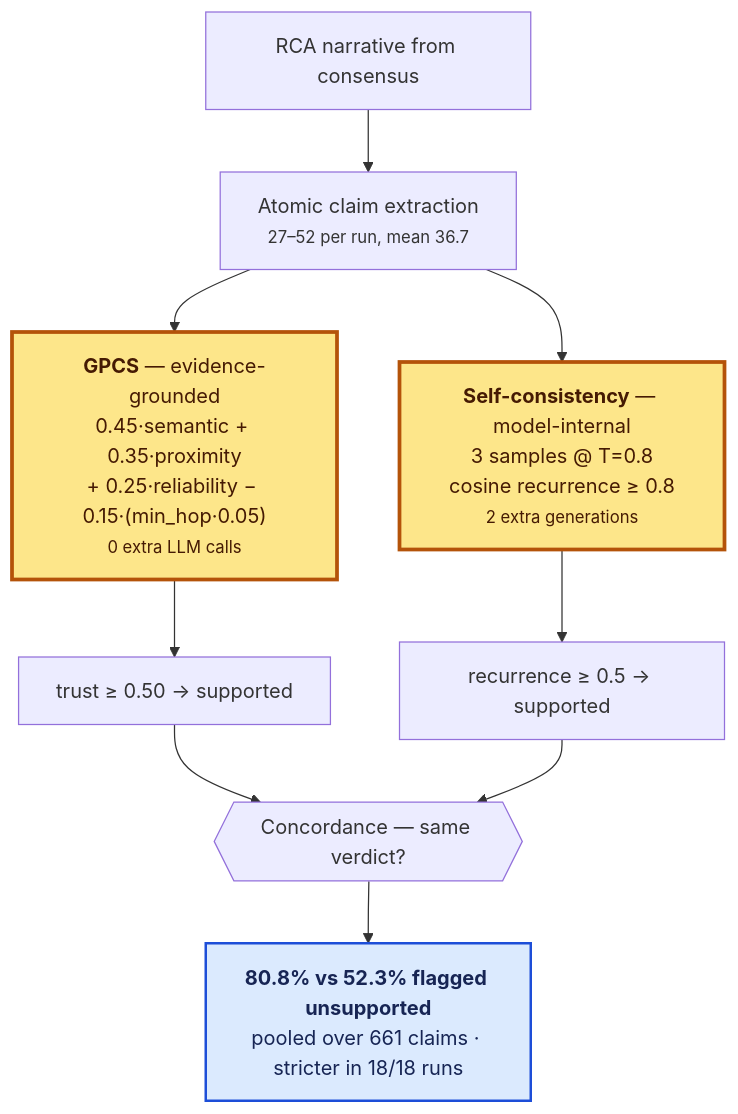
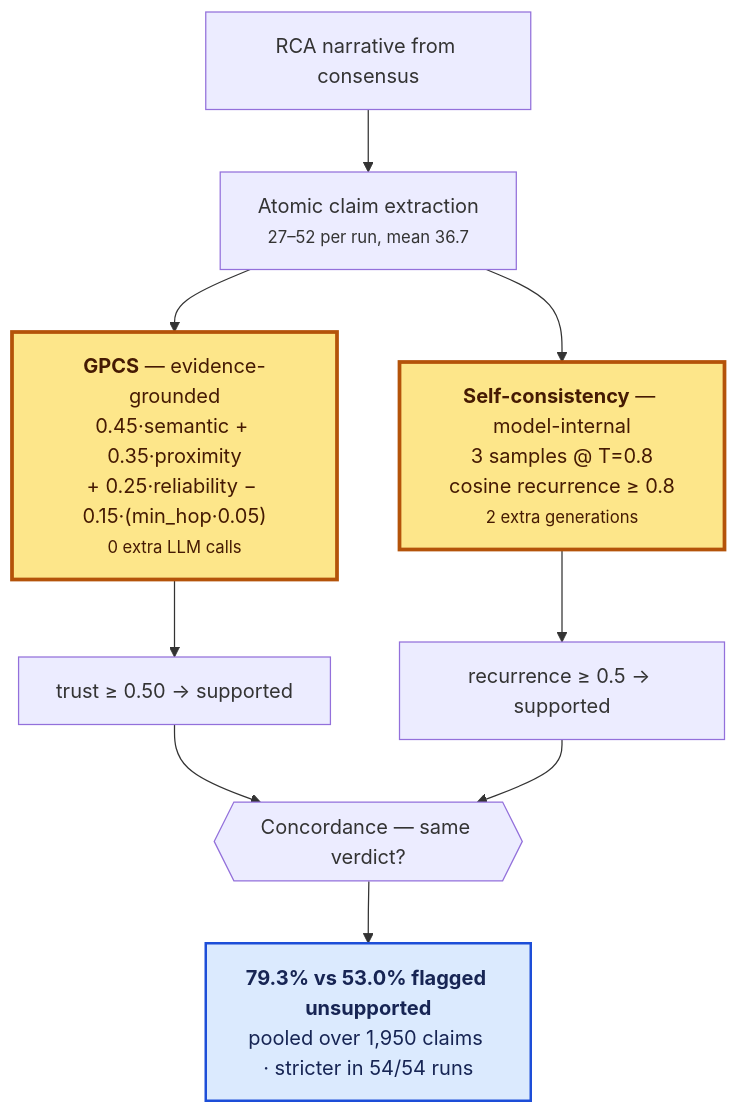
Before and after one commit to shivamshashank/CloudGraph: the third of 3 diagrams in README.md, drawn with Mermaid. The commit also changed other lines of this file and 77 other files, not shown here.

````diff
--- a/README.md
+++ b/README.md
@@ -337,19 +368,19 @@
 ```mermaid
 flowchart TB
     RCA["RCA narrative from consensus"] --> EX["Atomic claim extraction<br/><small>27–52 per run, mean 36.7</small>"]
 
     EX --> G["<b>GPCS</b> — evidence-grounded<br/>0.45·semantic + 0.35·proximity<br/>+ 0.25·reliability − 0.15·(min_hop·0.05)<br/><small>0 extra LLM calls</small>"]
     EX --> S["<b>Self-consistency</b> — model-internal<br/>3 samples @ T=0.8<br/>cosine recurrence ≥ 0.8<br/><small>2 extra generations</small>"]
 
     G --> GV["trust ≥ 0.50 → supported"]
     S --> SV["recurrence ≥ 0.5 → supported"]
 
     GV --> CMP{{"Concordance — same verdict?"}}
     SV --> CMP
-    CMP --> R["<b>80.8% vs 52.3% flagged unsupported</b><br/>pooled over 661 claims · stricter in 18/18 runs"]
+    CMP --> R["<b>79.3% vs 53.0% flagged unsupported</b><br/>pooled over 1,950 claims · stricter in 54/54 runs"]
 
     classDef contrib fill:#fde68a,stroke:#b45309,stroke-width:3px,color:#451a03
     classDef result fill:#dbeafe,stroke:#1d4ed8,stroke-width:2px,color:#172554
     class G,S contrib
     class R result
 ```
````
